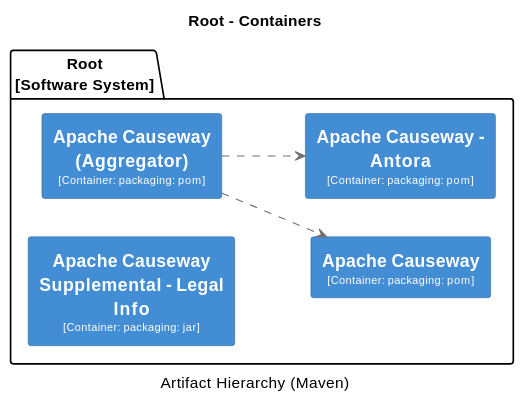
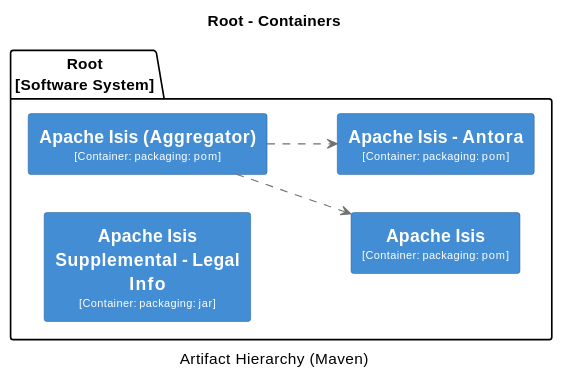
Before and after one commit to Supermajestcd/XMP--toolkits: the fifth of 32 diagrams in core/adoc/modules/_overview/pages/about.adoc, drawn with PlantUML. The commit also changed other lines of this file and 13599 other files, not shown here.

```diff
--- a/core/adoc/modules/_overview/pages/about.adoc
+++ b/core/adoc/modules/_overview/pages/about.adoc
@@ -909,45 +894,45 @@
 [plantuml,Root,svg]
 ----
 @startuml(id=Root)
 title Root - Containers
 caption Artifact Hierarchy (Maven)
 
 skinparam {
   shadowing false
   arrowFontSize 10
   defaultTextAlignment center
   wrapWidth 200
   maxMessageSize 100
 }
 hide stereotype
 left to right direction
 skinparam rectangle<<2>> {
   BackgroundColor #438dd5
   FontColor #fffffe
   BorderColor #2E6295
 }
 skinparam rectangle<<3>> {
   BackgroundColor #438dd5
   FontColor #fffffe
   BorderColor #2E6295
 }
 skinparam rectangle<<4>> {
   BackgroundColor #438dd5
   FontColor #fffffe
   BorderColor #2E6295
 }
 skinparam rectangle<<5>> {
   BackgroundColor #438dd5
   FontColor #fffffe
   BorderColor #2E6295
 }
 package "Root\n[Software System]" {
-  rectangle "==Apache Causeway\n<size:10>[Container: packaging: pom]</size>" <<4>> as 4
-  rectangle "==Apache Causeway (Aggregator)\n<size:10>[Container: packaging: pom]</size>" <<2>> as 2
-  rectangle "==Apache Causeway - Antora\n<size:10>[Container: packaging: pom]</size>" <<3>> as 3
-  rectangle "==Apache Causeway Supplemental - Legal Info\n<size:10>[Container: packaging: jar]</size>" <<5>> as 5
+  rectangle "==Apache Isis\n<size:10>[Container: packaging: pom]</size>" <<4>> as 4
+  rectangle "==Apache Isis (Aggregator)\n<size:10>[Container: packaging: pom]</size>" <<2>> as 2
+  rectangle "==Apache Isis - Antora\n<size:10>[Container: packaging: pom]</size>" <<3>> as 3
+  rectangle "==Apache Isis Supplemental - Legal Info\n<size:10>[Container: packaging: jar]</size>" <<5>> as 5
 }
 2 .[#707070].> 4 : ""
 2 .[#707070].> 3 : ""
 @enduml
 ----
```
